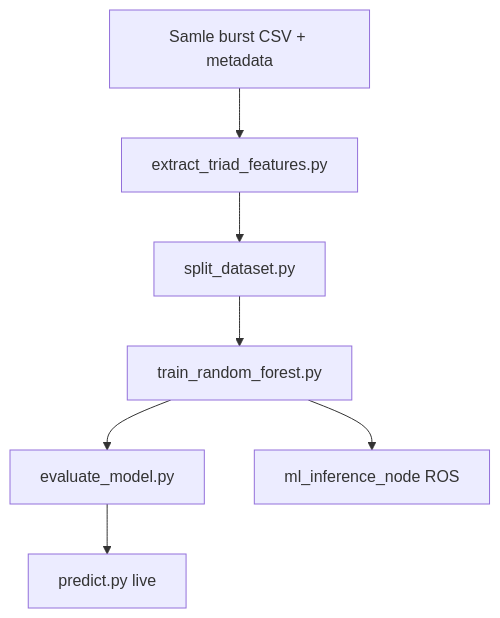
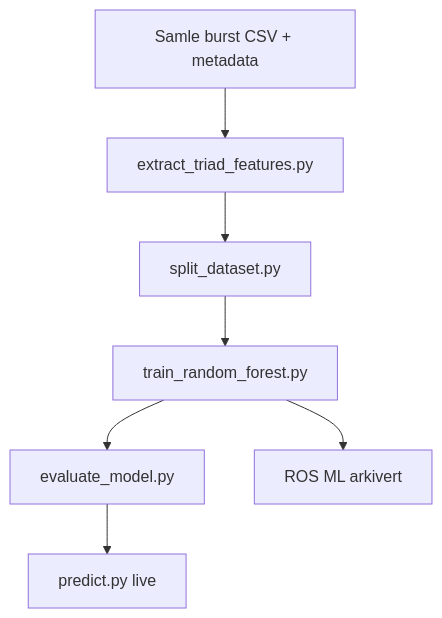
One commit to farah0897/MoonmapperDT changed the diagram in bachelor_rapport_maskinlaering_utkast.md. Above: the diagram before and after it, drawn with Mermaid. The commit also changed other lines of this file and 242 other files, not shown here.

````diff
--- a/bachelor_rapport_maskinlaering_utkast.md
+++ b/bachelor_rapport_maskinlaering_utkast.md
@@ -95,9 +95,9 @@
 ```mermaid
 flowchart TD
   A[Samle burst CSV + metadata] --> B[extract_triad_features.py]
   B --> C[split_dataset.py]
   C --> D[train_random_forest.py]
   D --> E[evaluate_model.py]
   E --> F[predict.py live]
-  D --> G[ml_inference_node ROS]
+  D --> G[ROS ML arkivert]
 ```
````
